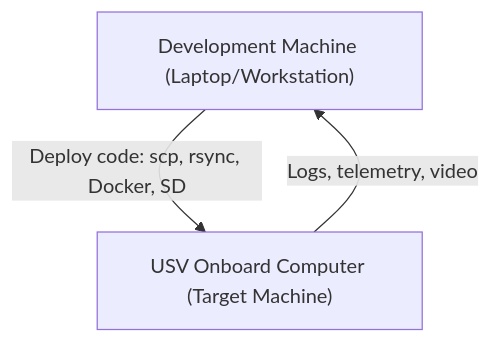
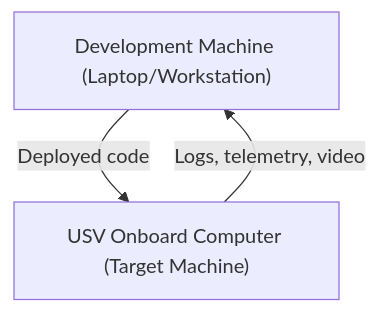
One commit to TMascal/USV-Documentation changed the diagram in Info Sheets/Computers.md. Above: the diagram before and after it, drawn with Mermaid. The commit also changed other lines of this file, not shown here.

````diff
--- a/Info Sheets/Computers.md
+++ b/Info Sheets/Computers.md
@@ -31,7 +31,7 @@
 ```mermaid
 flowchart TD
   A["Development Machine (Laptop/Workstation)"]
   B["USV Onboard Computer (Target Machine)"]
-  A -->|"Deploy code: scp, rsync, Docker, SD"| B
+  A -->|"Deployed code"| B
   B -->|"Logs, telemetry, video"| A
 ```
````
